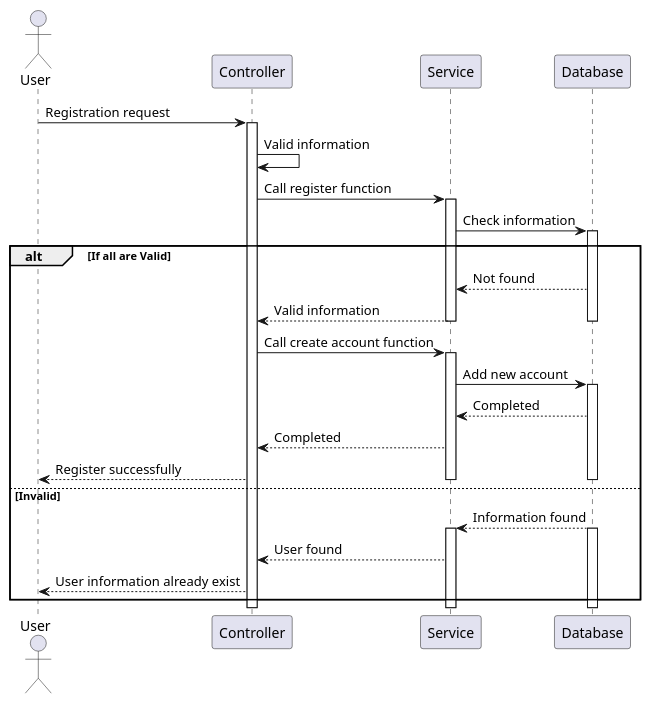
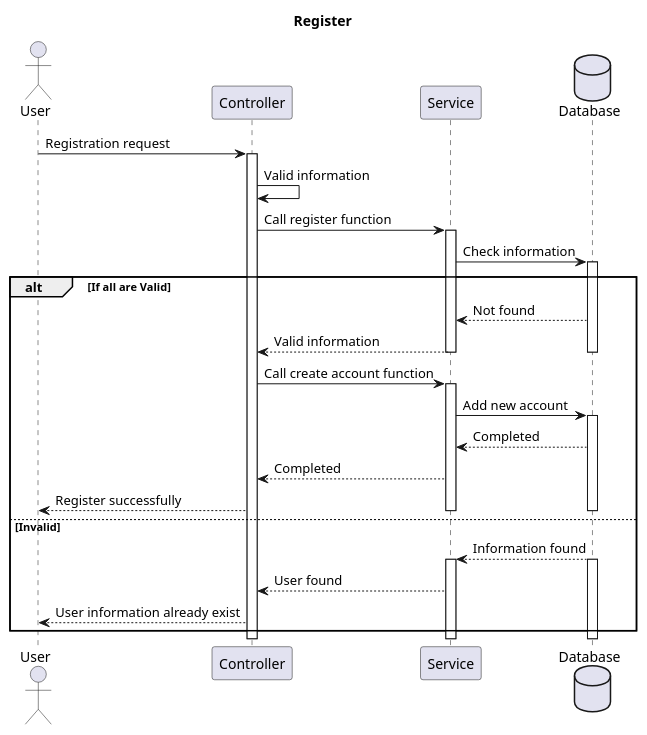
Before and after one commit to KaLord2231/SE357-Pratice-class: the diagram in Lab1.2/Sequence_Diagram/Register.plantuml, drawn with PlantUML. The commit also changed 8 other files, not shown here.

```diff
--- a/Lab1.2/Sequence_Diagram/Register.plantuml
+++ b/Lab1.2/Sequence_Diagram/Register.plantuml
@@ -1,37 +1,38 @@
 @startuml
+title Register
 actor User as User
 participant Controller
 participant Service 
-participant Database 
+database Database 
 
 User -> Controller: Registration request
 activate Controller
 Controller ->Controller:Valid information
 
 Controller->Service: Call register function
 activate Service
 Service->Database: Check information
 activate Database
 alt If all are Valid
 Database-->Service: Not found
 Service-->Controller: Valid information
 deactivate Database
 deactivate Service
 Controller->Service: Call create account function
 activate Service
 Service->Database: Add new account
 activate Database
 Database-->Service: Completed
 Service--> Controller: Completed
 Controller-->User: Register successfully
 deactivate Database
 deactivate Service
 else Invalid
     Database-->Service: Information found
     activate Database
     activate Service
     Service-->Controller: User found
     Controller-->User: User information already exist
 
 end
 @enduml
```
